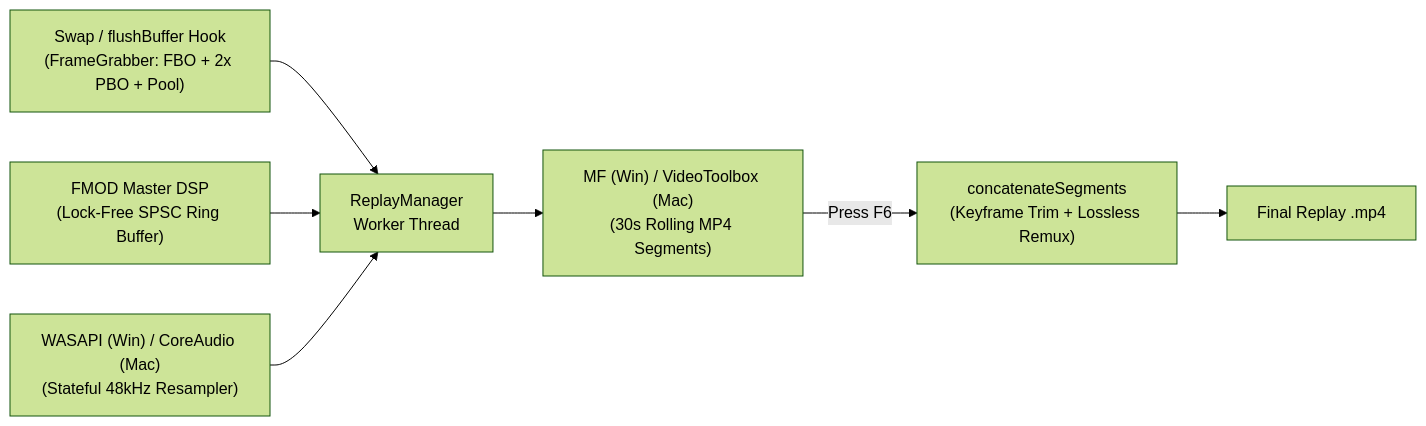
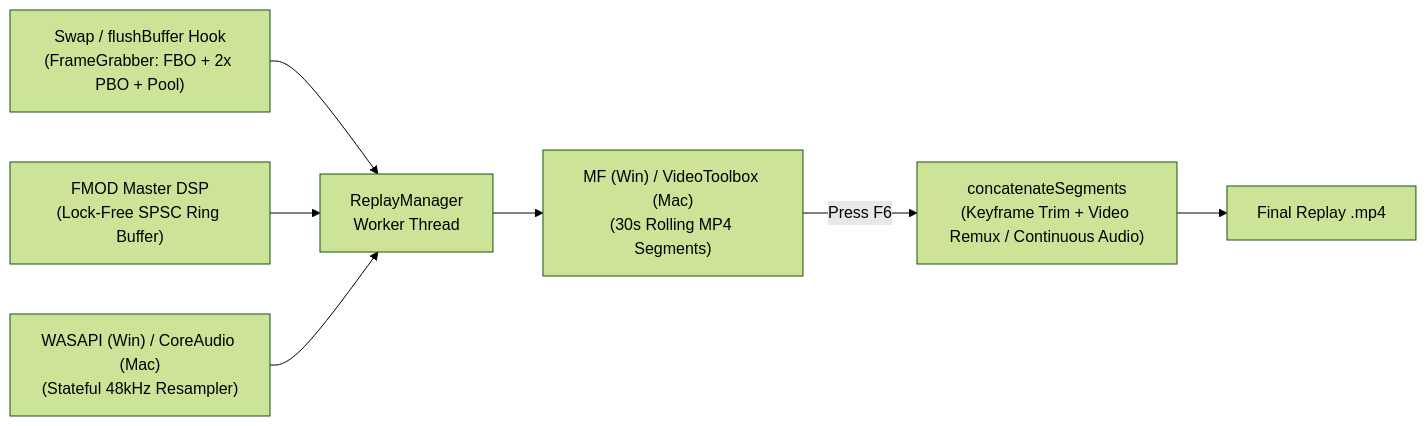
The diagram in README.md (ItsZeMo/instant-replay-geode), drawn with Mermaid (forest theme) before and after one commit. The commit also changed other lines of this file and 3 other files, not shown here.

````diff
--- a/README.md
+++ b/README.md
@@ -30,9 +30,9 @@
 ```mermaid
 flowchart LR
     GL["Swap / flushBuffer Hook<br/>(FrameGrabber: FBO + 2x PBO + Pool)"] --> Q["ReplayManager<br/>Worker Thread"]
     FMOD["FMOD Master DSP<br/>(Lock-Free SPSC Ring Buffer)"] --> Q
     MIC["WASAPI (Win) / CoreAudio (Mac)<br/>(Stateful 48kHz Resampler)"] --> Q
     Q --> ENC["MF (Win) / VideoToolbox (Mac)<br/>(30s Rolling MP4 Segments)"]
-    ENC -->|Press F6| REMUX["concatenateSegments<br/>(Keyframe Trim + Lossless Remux)"]
+    ENC -->|Press F6| REMUX["concatenateSegments<br/>(Keyframe Trim + Video Remux / Continuous Audio)"]
     REMUX --> MP4["Final Replay .mp4"]
 ```
````
